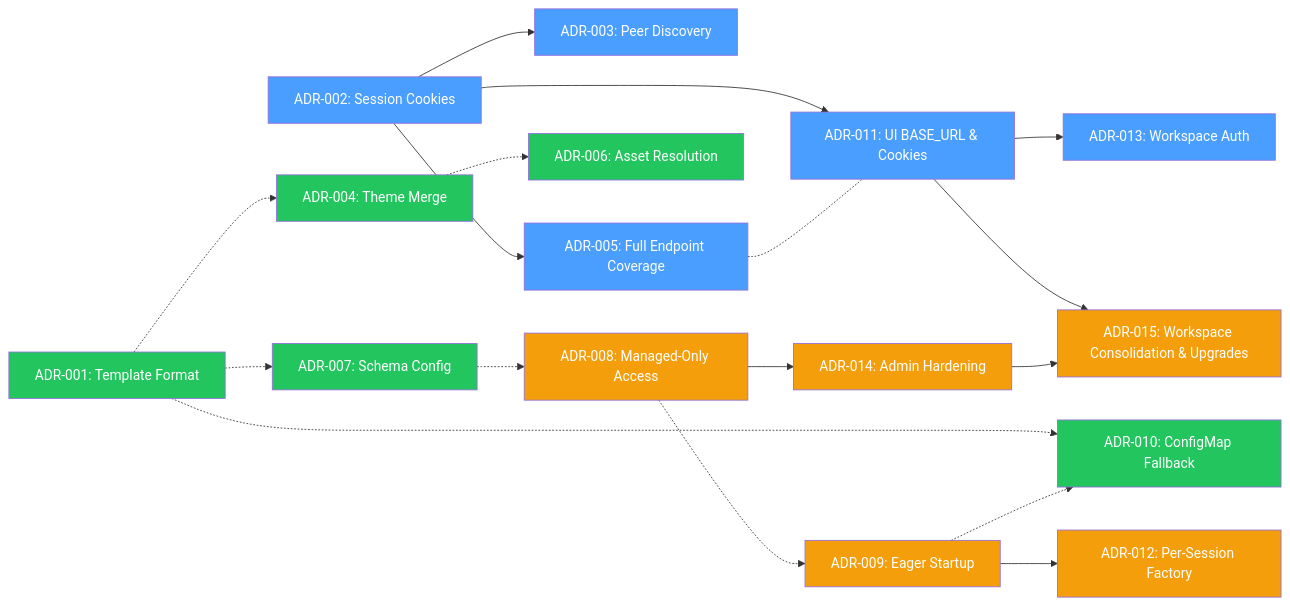
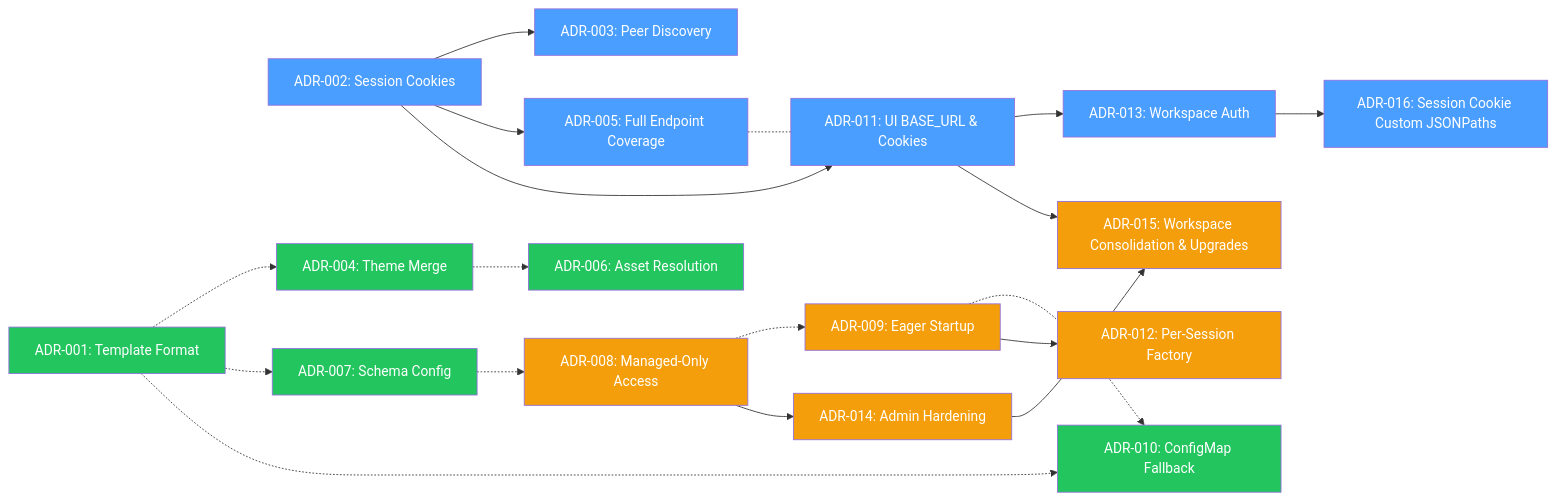
Before and after one commit to nogoo9/no-crd: the diagram in docs/decisions/index.md, drawn with Mermaid. The commit also changed other lines of this file and 12 other files, not shown here.

First line of the commit message:
fix(auth): support custom JSONPaths in session cookie reconstitution

````diff
--- a/docs/decisions/index.md
+++ b/docs/decisions/index.md
@@ -40,34 +41,36 @@
 ```mermaid
 graph LR
     ADR002["ADR-002: Session Cookies"] --> ADR003["ADR-003: Peer Discovery"]
     ADR002 --> ADR005["ADR-005: Full Endpoint Coverage"]
     ADR001["ADR-001: Template Format"] -.-> ADR004["ADR-004: Theme Merge"]
     ADR004 -.-> ADR006["ADR-006: Asset Resolution"]
     ADR001 -.-> ADR007["ADR-007: Schema Config"]
     ADR007 -.-> ADR008["ADR-008: Managed-Only Access"]
     ADR008 -.-> ADR009["ADR-009: Eager Startup"]
     ADR001 -.-> ADR010["ADR-010: ConfigMap Fallback"]
     ADR009 -.-> ADR010
     ADR002 --> ADR011["ADR-011: UI BASE_URL & Cookies"]
     ADR005 -.- ADR011
     ADR009 --> ADR012["ADR-012: Per-Session Factory"]
     ADR011 --> ADR013["ADR-013: Workspace Auth"]
     ADR008 --> ADR014["ADR-014: Admin Hardening"]
     ADR011 --> ADR015["ADR-015: Workspace Consolidation & Upgrades"]
     ADR014 --> ADR015
+    ADR013 --> ADR016["ADR-016: Session Cookie Custom JSONPaths"]
     style ADR002 fill:#4a9eff,color:#fff
     style ADR003 fill:#4a9eff,color:#fff
     style ADR005 fill:#4a9eff,color:#fff
     style ADR001 fill:#22c55e,color:#fff
     style ADR004 fill:#22c55e,color:#fff
     style ADR006 fill:#22c55e,color:#fff
     style ADR007 fill:#22c55e,color:#fff
     style ADR008 fill:#f59e0b,color:#fff
     style ADR009 fill:#f59e0b,color:#fff
     style ADR010 fill:#22c55e,color:#fff
     style ADR011 fill:#4a9eff,color:#fff
     style ADR012 fill:#f59e0b,color:#fff
     style ADR013 fill:#4a9eff,color:#fff
     style ADR014 fill:#f59e0b,color:#fff
     style ADR015 fill:#f59e0b,color:#fff
+    style ADR016 fill:#4a9eff,color:#fff
 ```
````
